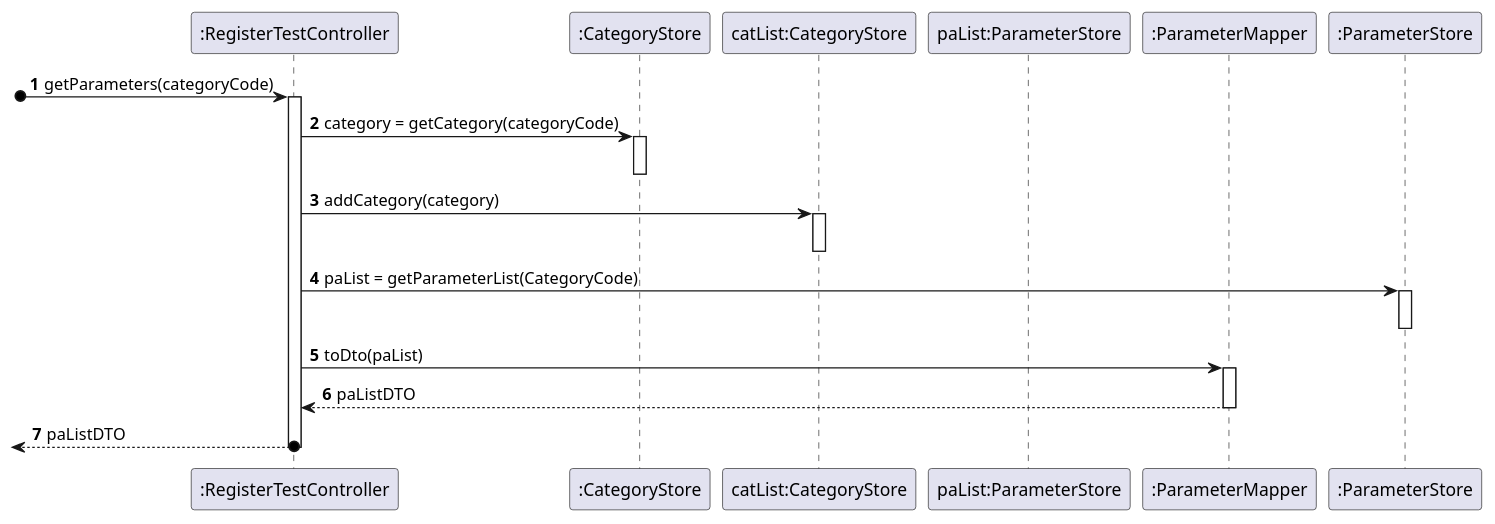
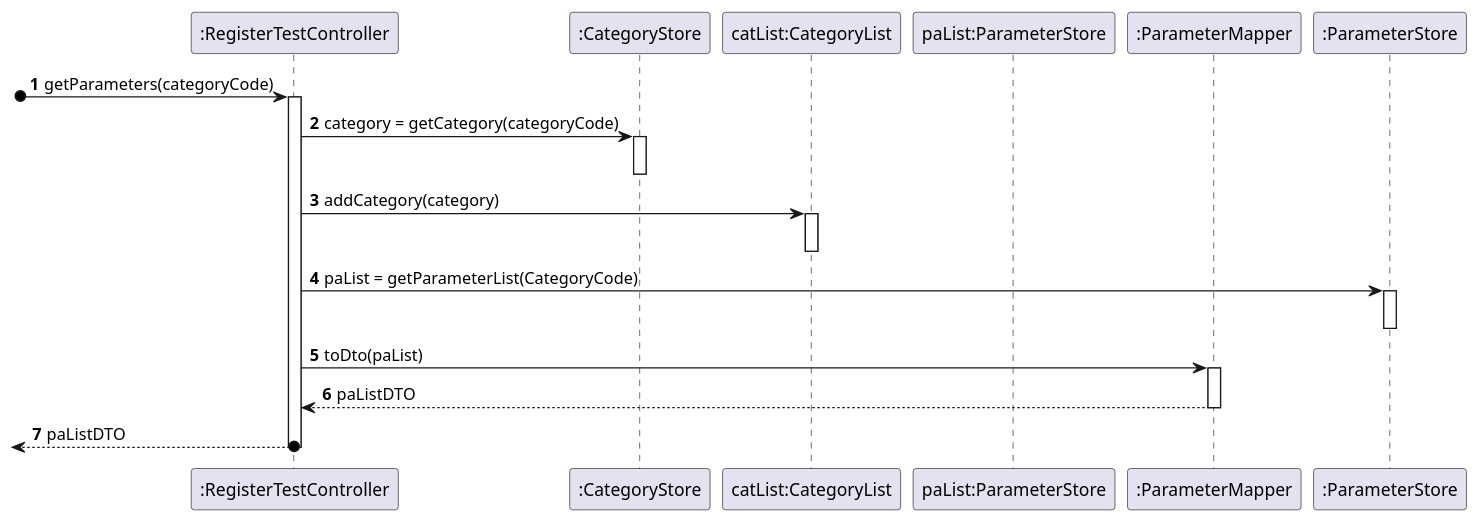
Before and after one commit to MarianaCLages/LAPR2: the diagram in docs/SprintC/US04/SD_getParameters(categoryCode).puml, drawn with PlantUML. The commit also changed 23 other files, not shown here.

Commit message:
correction the US5 + changes in US12/US4 diagrams

```diff
--- a/docs/SprintC/US04/SD_getParameters(categoryCode).puml
+++ b/docs/SprintC/US04/SD_getParameters(categoryCode).puml
@@ -1,30 +1,30 @@
 @startuml
 'https://plantuml.com/sequence-diagram
 
 participant ":RegisterTestController" as ctrl
 participant ":CategoryStore" as catLStore
-participant "catList:CategoryStore" as catList
+participant "catList:CategoryList" as catList
 participant "paList:ParameterStore" as paList
 participant ":ParameterMapper" as paMapper
 participant ":ParameterStore" as paStore
 
 autonumber
 
 [o-> ctrl: getParameters(categoryCode)
 activate ctrl
 ctrl -> catLStore: category = getCategory(categoryCode)
 activate catLStore
 deactivate
 ctrl -> catList: addCategory(category)
 activate catList
 deactivate
 ctrl -> paStore: paList = getParameterList(CategoryCode)
 activate paStore
 deactivate paStore
 ctrl -> paMapper: toDto(paList)
 activate paMapper
 return paListDTO
 return paListDTO
 deactivate paMapper
 
 @enduml
```
